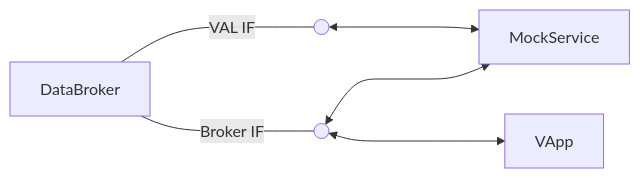
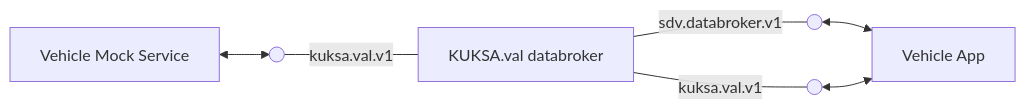
Before and after one commit to eclipse-kuksa/kuksa.val.services: the diagram in mock_service/README.md, drawn with Mermaid. The commit also changed other lines of this file and 1 other file, not shown here.

Commit message:
extends documentation for vehicle mock service

````diff
--- a/mock_service/README.md
+++ b/mock_service/README.md
@@ -13,10 +14,12 @@
 ```mermaid
 flowchart LR
     BrokerIF(( ))
     ValIF(( ))
-    DataBroker -- Broker IF ---- BrokerIF
-    DataBroker -- VAL IF ---- ValIF
-    BrokerIF<---->MockService
-    ValIF<---->MockService
-    BrokerIF<---->VApp
+    ServiceIF(( ))
+    id1[KUKSA.val databroker] -- sdv.databroker.v1 --- BrokerIF
+    ServiceIF -- kuksa.val.v1 --- id1
+    id1 -- kuksa.val.v1 --- ValIF
+    id2[Vehicle Mock Service] <--> ServiceIF
+    BrokerIF<--> id3[Vehicle App]
+    ValIF <--> id3
 ```
````
